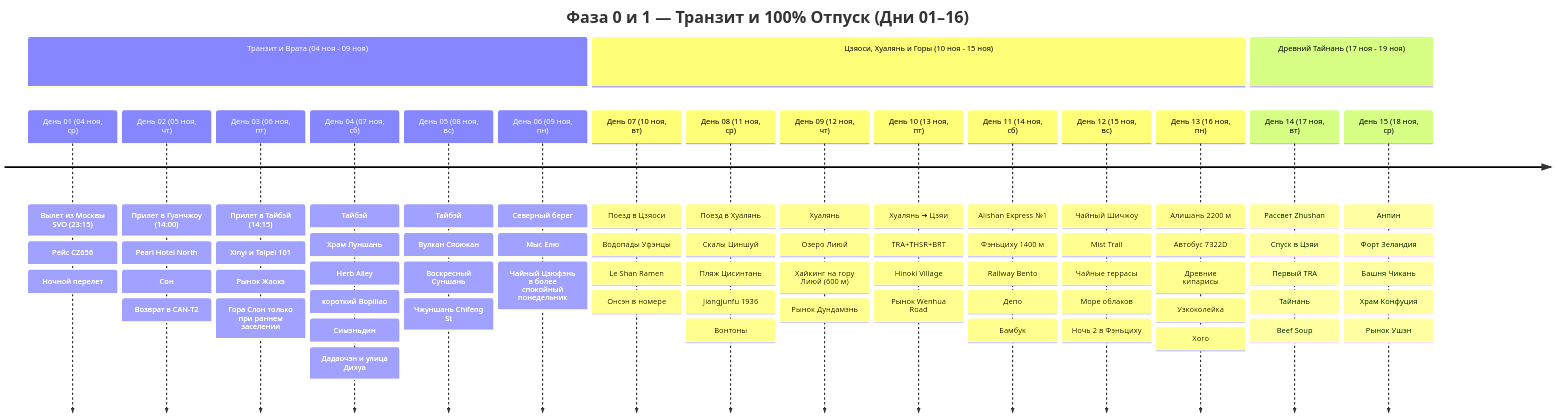
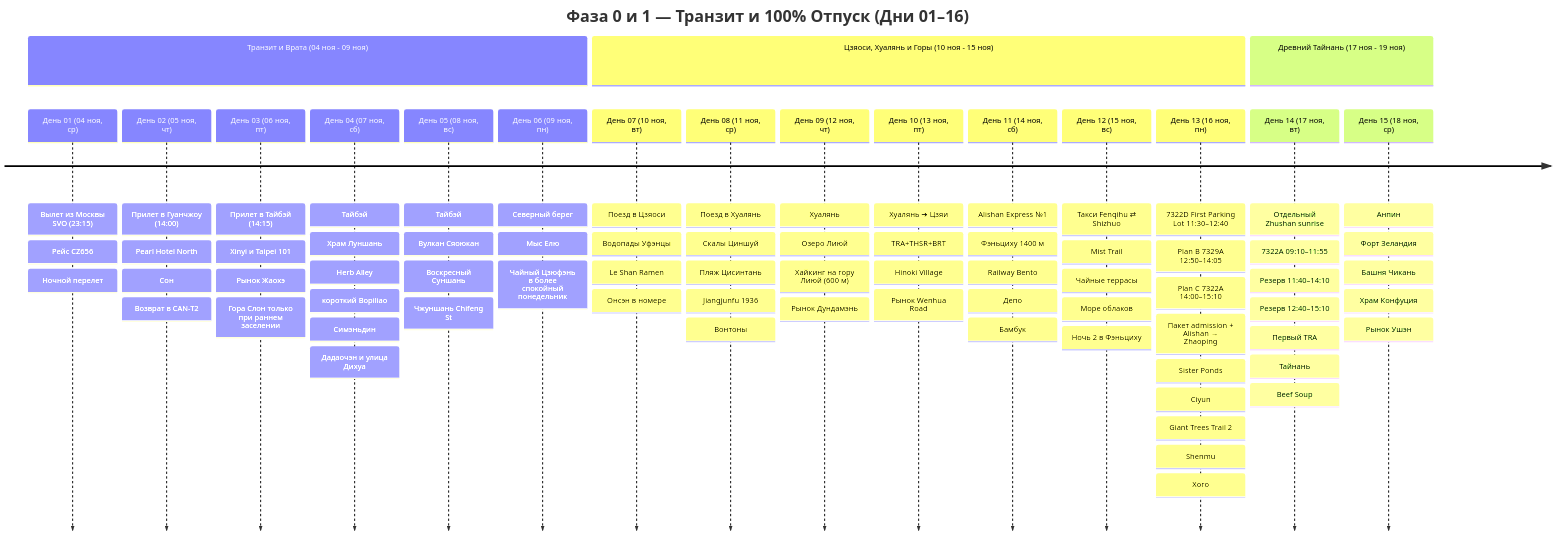
Before and after one commit to injurka/obsidian-mark: the first of 2 diagrams in Personal Note/Travel/-- Taiwan/Taiwan.md, drawn with Mermaid. The commit also changed other lines of this file and 16 other files, not shown here.

````diff
--- a/Personal Note/Travel/-- Taiwan/Taiwan.md
+++ b/Personal Note/Travel/-- Taiwan/Taiwan.md
@@ -60,22 +60,22 @@
 ```mermaid
 timeline
     title Фаза 0 и 1 — Транзит и 100% Отпуск (Дни 01–16)
     section Транзит и Врата (04 ноя - 09 ноя)
         День 01 (04 ноя, ср) : Вылет из Москвы SVO (23:15) : Рейс CZ656 : Ночной перелет
         День 02 (05 ноя, чт) : Прилет в Гуанчжоу (14:00) : Pearl Hotel North : Сон : Возврат в CAN-T2
         День 03 (06 ноя, пт) : Прилет в Тайбэй (14:15) : Xinyi и Taipei 101 : Рынок Жаохэ : Гора Слон только при раннем заселении
         День 04 (07 ноя, сб) : Тайбэй : Храм Луншань : Herb Alley : короткий Bopiliao : Симэньдин : Дадаочэн и улица Дихуа
         День 05 (08 ноя, вс) : Тайбэй : Вулкан Сяоюкан : Воскресный Суншань : Чжуншань Chifeng St
         День 06 (09 ноя, пн) : Северный берег : Мыс Елю : Чайный Цзюфэнь в более спокойный понедельник
     section Цзяоси, Хуалянь и Горы (10 ноя - 15 ноя)
         День 07 (10 ноя, вт) : Поезд в Цзяоси : Водопады Уфэнцы : Le Shan Ramen : Онсэн в номере
         День 08 (11 ноя, ср) : Поезд в Хуалянь : Скалы Циншуй : Пляж Цисинтань : Jiangjunfu 1936 : Вонтоны
         День 09 (12 ноя, чт) : Хуалянь : Озеро Лиюй : Хайкинг на гору Лиюй (600 м) : Рынок Дундамэнь
         День 10 (13 ноя, пт) : Хуалянь ➔ Цзяи : TRA+THSR+BRT : Hinoki Village : Рынок Wenhua Road
         День 11 (14 ноя, сб) : Alishan Express №1 : Фэньциху 1400 м : Railway Bento : Депо : Бамбук
-        День 12 (15 ноя, вс) : Чайный Шичжоу : Mist Trail : Чайные террасы : Море облаков : Ночь 2 в Фэньциху
-        День 13 (16 ноя, пн) : Алишань 2200 м : Автобус 7322D : Древние кипарисы : Узкоколейка : Хого
+        День 12 (15 ноя, вс) : Такси Fenqihu ⇄ Shizhuo : Mist Trail : Чайные террасы : Море облаков : Ночь 2 в Фэньциху
+        День 13 (16 ноя, пн) : 7322D First Parking Lot 11:30–12:40 : Plan B 7329A 12:50–14:05 : Plan C 7322A 14:00–15:10 : Пакет admission + Alishan → Zhaoping : Sister Ponds : Ciyun : Giant Trees Trail 2 : Shenmu : Хого
     section Древний Тайнань (17 ноя - 19 ноя)
-        День 14 (17 ноя, вт) : Рассвет Zhushan : Спуск в Цзяи : Первый TRA : Тайнань : Beef Soup
+        День 14 (17 ноя, вт) : Отдельный Zhushan sunrise : 7322A 09:10–11:55 : Резерв 11:40–14:10 : Резерв 12:40–15:10 : Первый TRA : Тайнань : Beef Soup
         День 15 (18 ноя, ср) : Анпин : Форт Зеландия : Башня Чикань : Храм Конфуция : Рынок Ушэн
 ```
````
